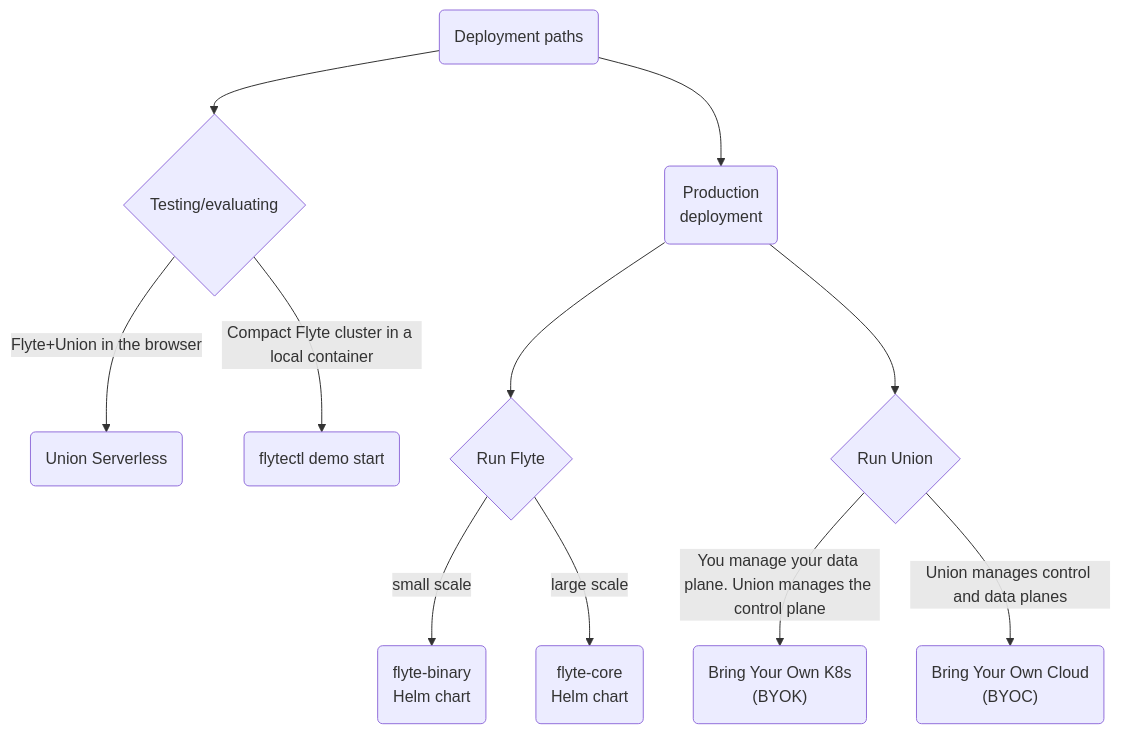
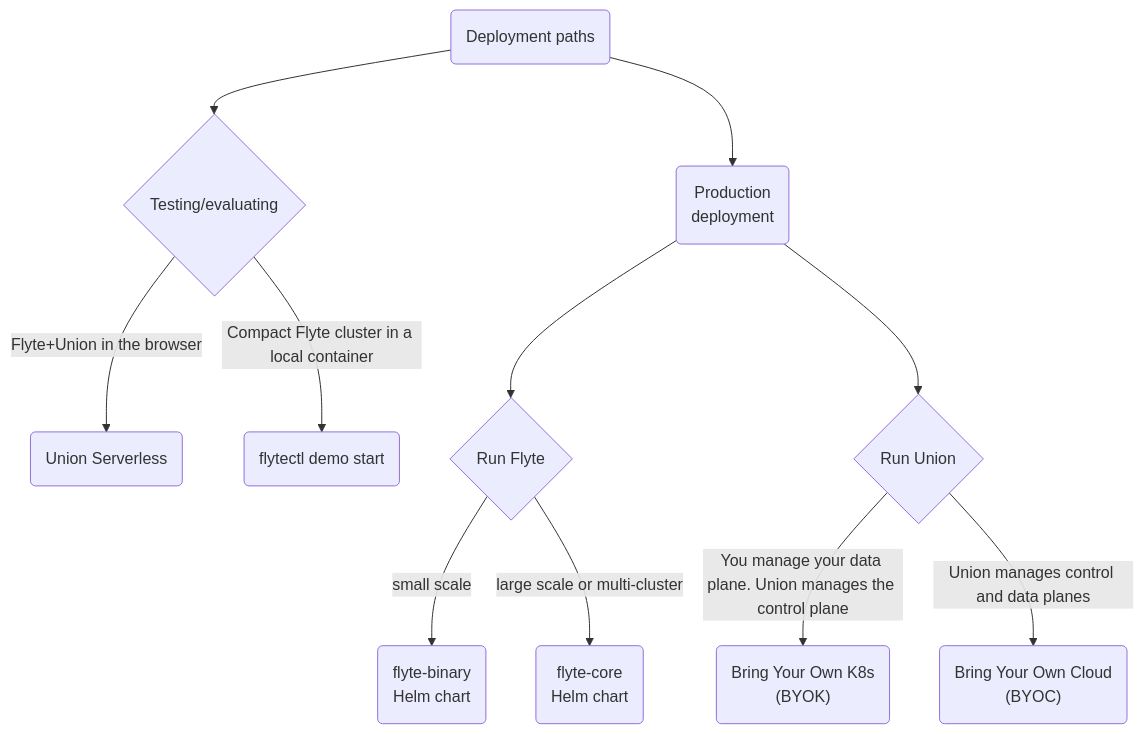
The diagram in content/deployment/_index.md (unionai/unionai-docs), drawn with Mermaid before and after one commit. The commit also changed 2 other files, not shown here.

Commit message:
Deployment 2nd pass

````diff
--- a/content/deployment/_index.md
+++ b/content/deployment/_index.md
@@ -30,22 +30,22 @@
 ```mermaid
 flowchart TD
     A("Deployment paths") --> n1["Testing/evaluating"] & n4["Production <br>deployment"]
     n1 -- Flyte+Union in the browser --> n2["Union Serverless<br>"]
     n1 -- Compact Flyte cluster in a local container --> n3["flytectl demo start<br>"]
     n4 --> n5["Run Flyte"] & n8["Run Union"]
     n5 -- small scale --> n6["flyte-binary<br>Helm chart"]
-    n5 -- large scale --> n7["flyte-core<br>Helm chart"]
+    n5 -- large scale or multi-cluster --> n7["flyte-core<br>Helm chart"]
     n8 -- "You manage your data plane. Union manages the control plane" --> n9["Bring Your Own K8s<br>(BYOK)"]
     n8 -- Union manages control and data planes --> n10["Bring Your Own Cloud<br>(BYOC)"]
 
     n1@{ shape: diam}
     n4@{ shape: rounded}
     n2@{ shape: rounded}
     n3@{ shape: rounded}
     n5@{ shape: diam}
     n8@{ shape: diam}
     n6@{ shape: rounded}
     n7@{ shape: rounded}
     n9@{ shape: rounded}
     n10@{ shape: rounded}
 ```
````
